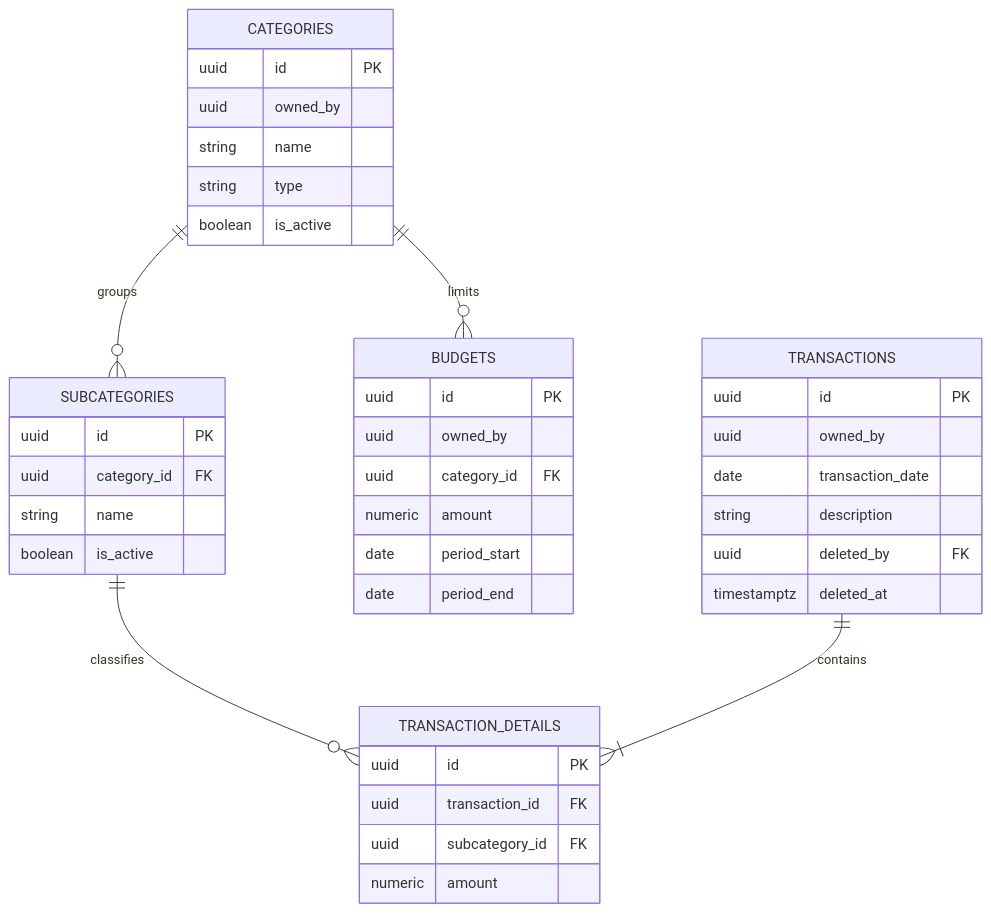
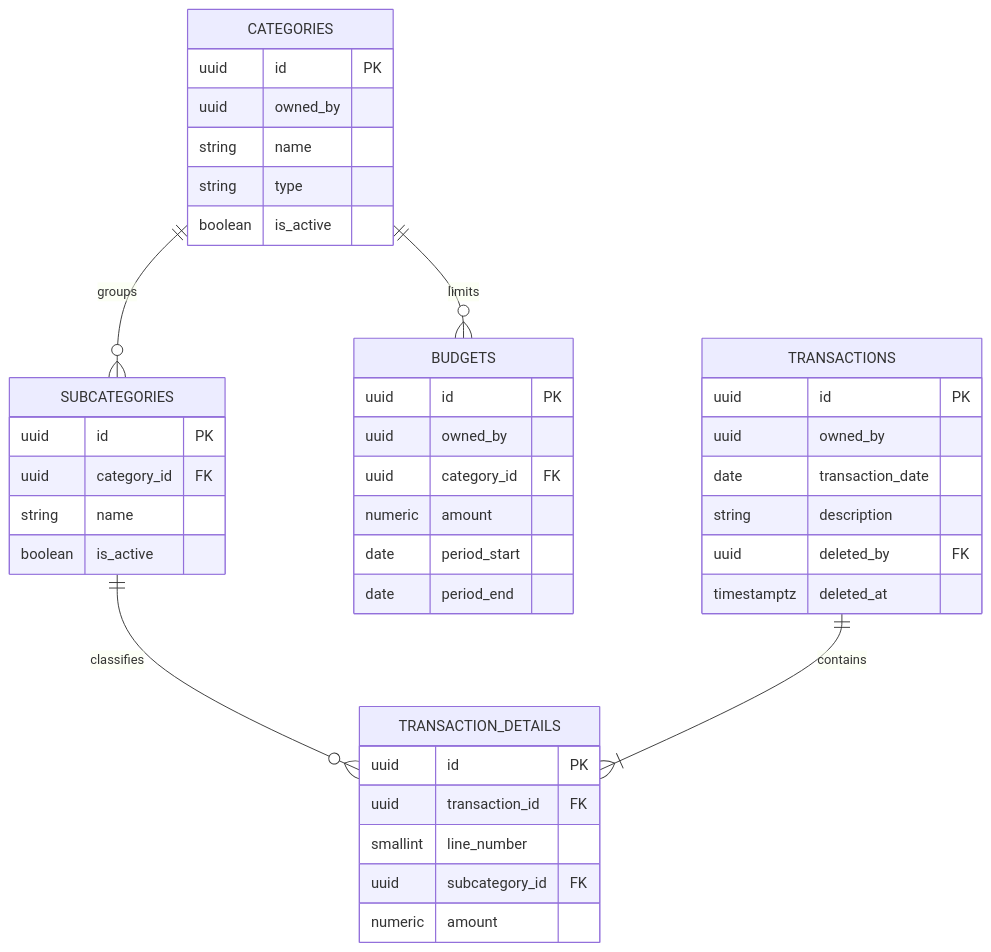
The diagram in docs/06-data/models.md (Naudi13/budget-tracker), drawn with Mermaid before and after one commit. The commit also changed 2 other files, not shown here.

Commit message:
docs(data): keep a transaction's lines in the order they were entered
The lines of a transaction are inserted in one database transaction, so
their created_at is the same, and two UUIDv7 ids from the same millisecond
are not ordered either: nothing kept the order a user entered them in.
transaction_details gains line_number (from 1, unique per transaction), in
the data model and the ER diagram, and transactions.yaml says details come
back in that order.

````diff
--- a/docs/06-data/models.md
+++ b/docs/06-data/models.md
@@ -26,42 +26,43 @@
 ```mermaid
 erDiagram
     CATEGORIES ||--o{ SUBCATEGORIES : groups
     CATEGORIES ||--o{ BUDGETS : limits
     SUBCATEGORIES ||--o{ TRANSACTION_DETAILS : classifies
     TRANSACTIONS ||--|{ TRANSACTION_DETAILS : contains
     CATEGORIES {
         uuid id PK
         uuid owned_by
         string name
         string type
         boolean is_active
     }
     SUBCATEGORIES {
         uuid id PK
         uuid category_id FK
         string name
         boolean is_active
     }
     BUDGETS {
         uuid id PK
         uuid owned_by
         uuid category_id FK
         numeric amount
         date period_start
         date period_end
     }
     TRANSACTIONS {
         uuid id PK
         uuid owned_by
         date transaction_date
         string description
         uuid deleted_by FK
         timestamptz deleted_at
     }
     TRANSACTION_DETAILS {
         uuid id PK
         uuid transaction_id FK
+        smallint line_number
         uuid subcategory_id FK
         numeric amount
     }
 ```
````
